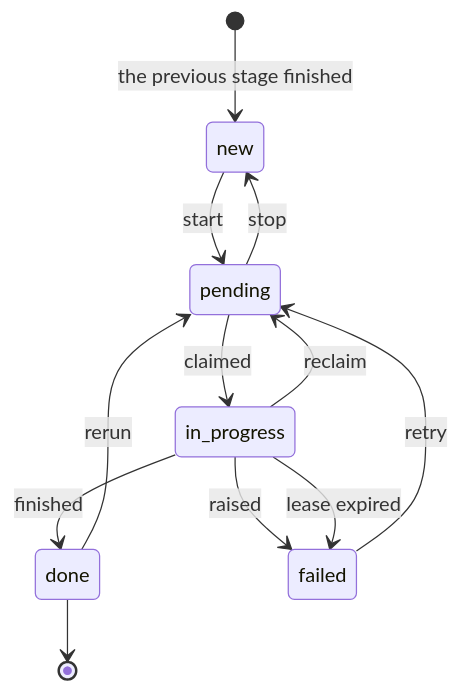
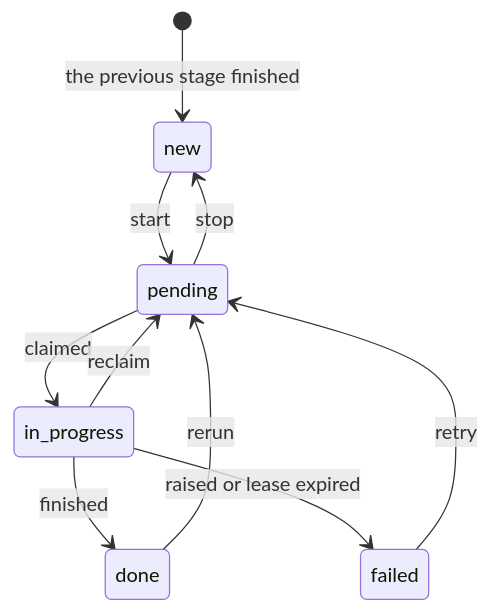
Before and after one commit to hazemkhaled-94/faq_generator: the second of 4 diagrams in docs/architecture.md, drawn with Mermaid. The commit also changed other lines of this file and 1 other file, not shown here.

Commit message:
The architecture page and the design spec are rewritten in shorter, plain prose with the same layers, contracts, settings and tokens

````diff
--- a/docs/architecture.md
+++ b/docs/architecture.md
@@ -71,14 +56,12 @@
 ```mermaid
 stateDiagram-v2
     [*] --> new: the previous stage finished
     new --> pending: start
     pending --> new: stop
     pending --> in_progress: claimed
     in_progress --> done: finished
-    in_progress --> failed: raised
-    in_progress --> failed: lease expired
+    in_progress --> failed: raised or lease expired
     failed --> pending: retry
     in_progress --> pending: reclaim
     done --> pending: rerun
-    done --> [*]
 ```
````
